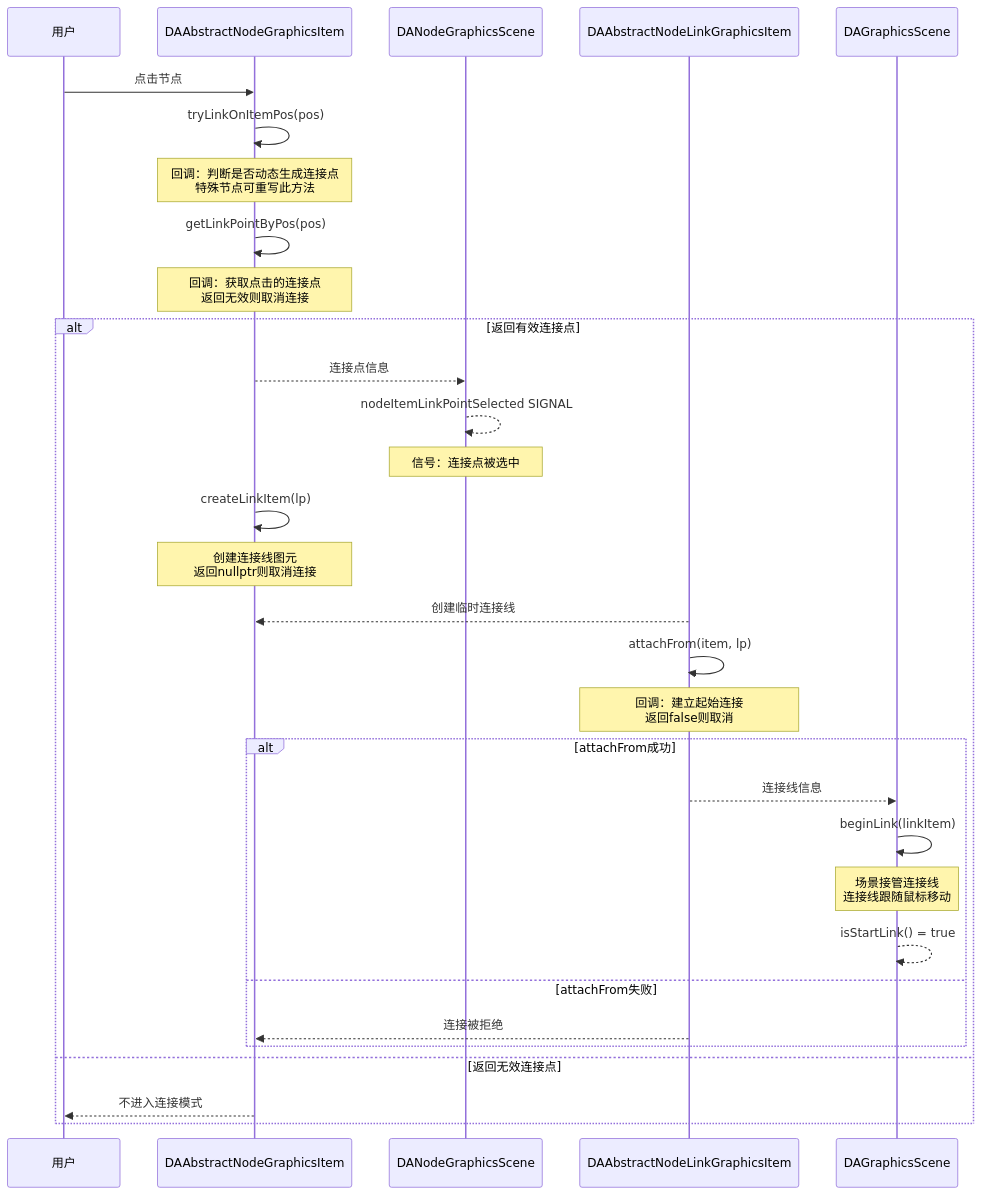
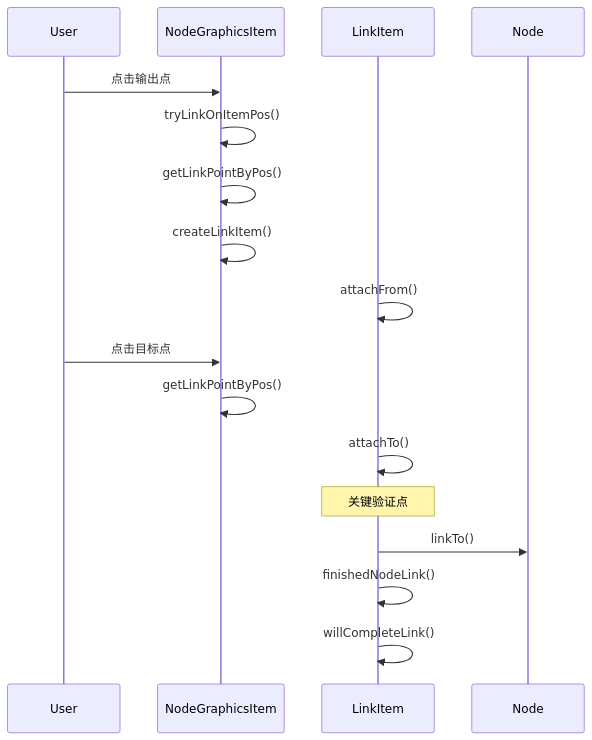
The fourth of 4 diagrams in docs/zh/dev-guide/workflow-lifecycle.md (czyt1988/data-workbench), drawn with Mermaid before and after one commit. The commit also changed other lines of this file, not shown here.

````diff
--- a/docs/zh/dev-guide/workflow-lifecycle.md
+++ b/docs/zh/dev-guide/workflow-lifecycle.md
@@ -192,40 +165,21 @@
 ```mermaid
 sequenceDiagram
-    participant User as 用户
-    participant Item as DAAbstractNodeGraphicsItem
-    participant Scene as DANodeGraphicsScene
-    participant LinkItem as DAAbstractNodeLinkGraphicsItem
-    participant GScene as DAGraphicsScene
+    participant User
+    participant Item as NodeGraphicsItem
+    participant LinkItem
+    participant Node
     
-    User->>Item: 点击节点
-    Item->>Item: tryLinkOnItemPos(pos)
-    Note over Item: 回调：判断是否动态生成连接点<br/>特殊节点可重写此方法
+    User->>Item: 点击输出点
+    Item->>Item: tryLinkOnItemPos()
+    Item->>Item: getLinkPointByPos()
+    Item->>Item: createLinkItem()
+    LinkItem->>LinkItem: attachFrom()
     
-    Item->>Item: getLinkPointByPos(pos)
-    Note over Item: 回调：获取点击的连接点<br/>返回无效则取消连接
-    
-    alt 返回有效连接点
-        Item-->>Scene: 连接点信息
-        Scene-->>Scene: nodeItemLinkPointSelected SIGNAL
-        Note over Scene: 信号：连接点被选中
-        
-        Item->>Item: createLinkItem(lp)
-        Note over Item: 创建连接线图元<br/>返回nullptr则取消连接
-        
-        LinkItem-->>Item: 创建临时连接线
-        
-        LinkItem->>LinkItem: attachFrom(item, lp)
-        Note over LinkItem: 回调：建立起始连接<br/>返回false则取消
-        
-        alt attachFrom成功
-            LinkItem-->>GScene: 连接线信息
-            GScene->>GScene: beginLink(linkItem)
-            Note over GScene: 场景接管连接线<br/>连接线跟随鼠标移动
-            GScene-->>GScene: isStartLink() = true
-        else attachFrom失败
-            LinkItem-->>Item: 连接被拒绝
-        end
-    else 返回无效连接点
-        Item-->>User: 不进入连接模式
-    end
+    User->>Item: 点击目标点
+    Item->>Item: getLinkPointByPos()
+    LinkItem->>LinkItem: attachTo()
+    Note over LinkItem: 关键验证点
+    LinkItem->>Node: linkTo()
+    LinkItem->>LinkItem: finishedNodeLink()
+    LinkItem->>LinkItem: willCompleteLink()
 ```
````
